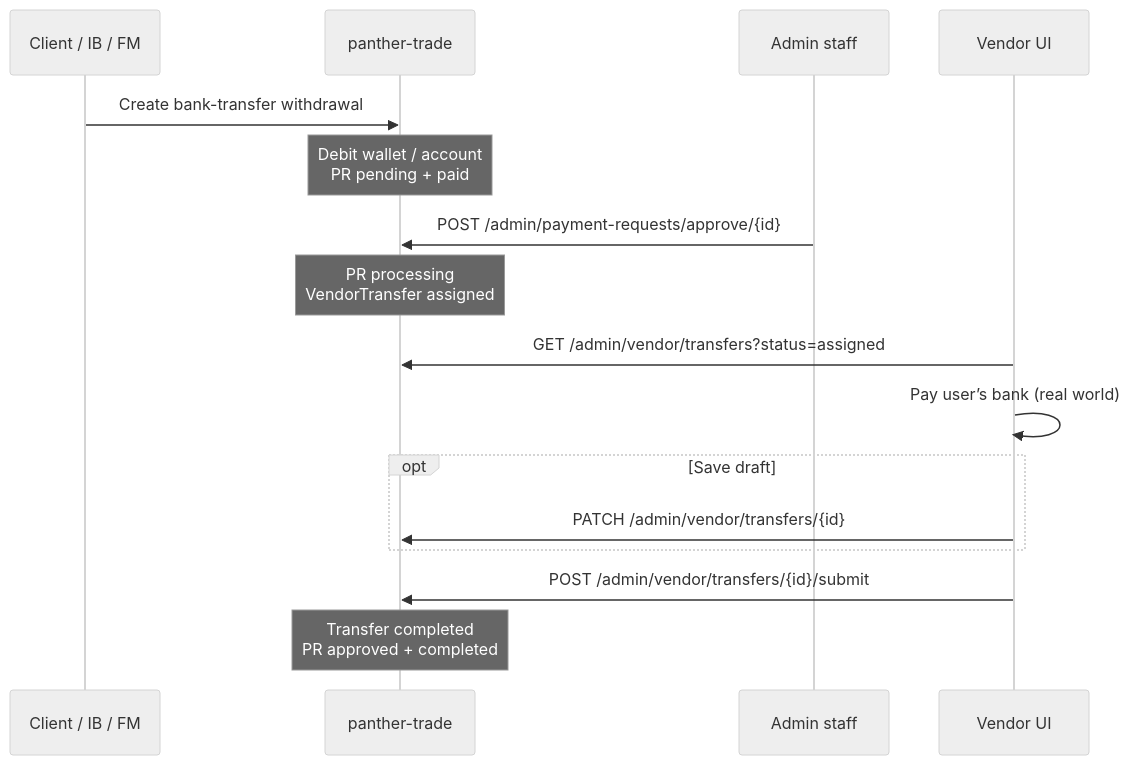
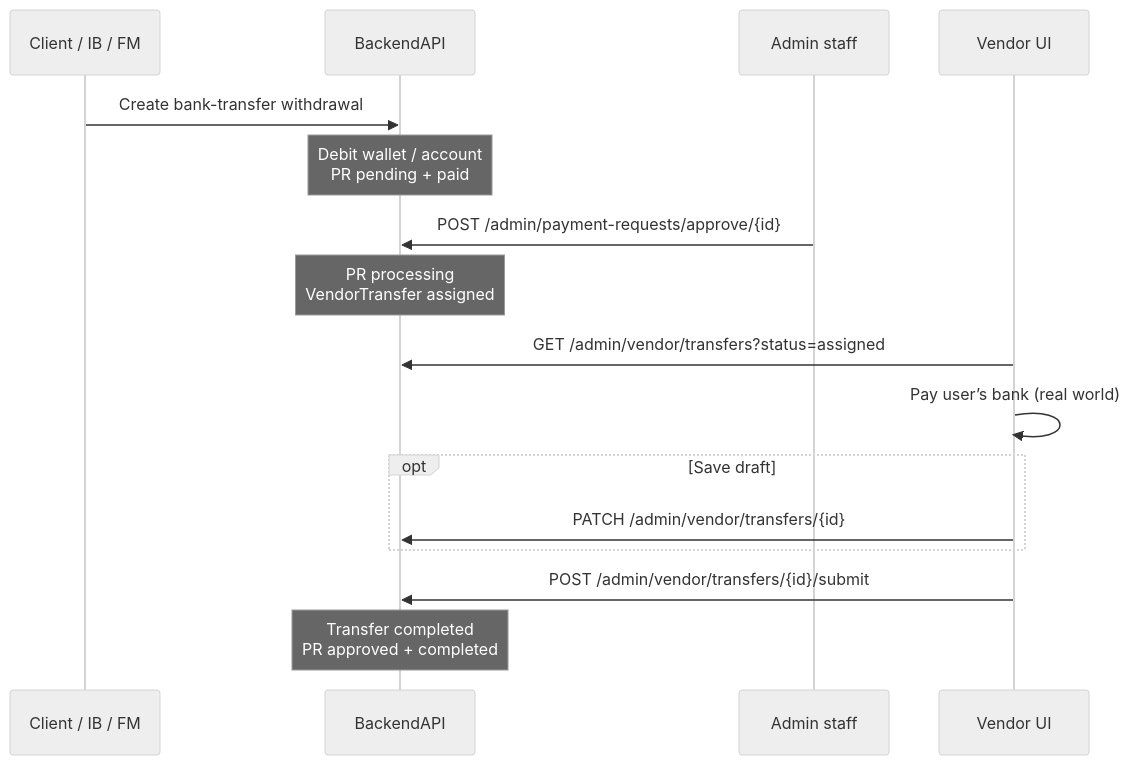
Before and after one commit to xtentioncrewtechnology/panther_vendor: the diagram in docs/flow.md, drawn with Mermaid (neutral theme). The commit also changed 13 other files, not shown here.

````diff
--- a/docs/flow.md
+++ b/docs/flow.md
@@ -5,19 +5,19 @@
 ```mermaid
 sequenceDiagram
   participant User as Client / IB / FM
-  participant API as panther-trade
+  participant API as BackendAPI
   participant Admin as Admin staff
   participant Vendor as Vendor UI
 
   User->>API: Create bank-transfer withdrawal
   Note over API: Debit wallet / account<br/>PR pending + paid
   Admin->>API: POST /admin/payment-requests/approve/{id}
   Note over API: PR processing<br/>VendorTransfer assigned
   Vendor->>API: GET /admin/vendor/transfers?status=assigned
   Vendor->>Vendor: Pay user’s bank (real world)
   opt Save draft
     Vendor->>API: PATCH /admin/vendor/transfers/{id}
   end
   Vendor->>API: POST /admin/vendor/transfers/{id}/submit
   Note over API: Transfer completed<br/>PR approved + completed
 ```
````
